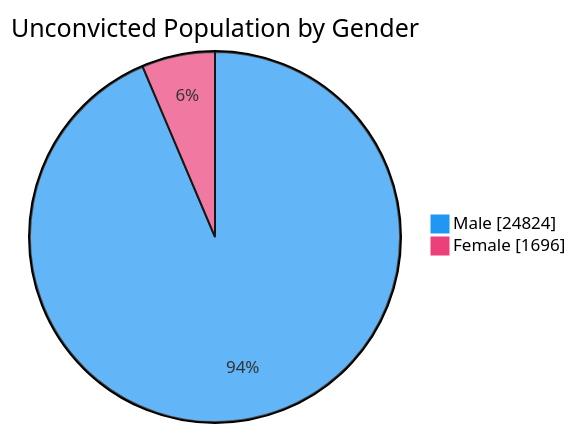
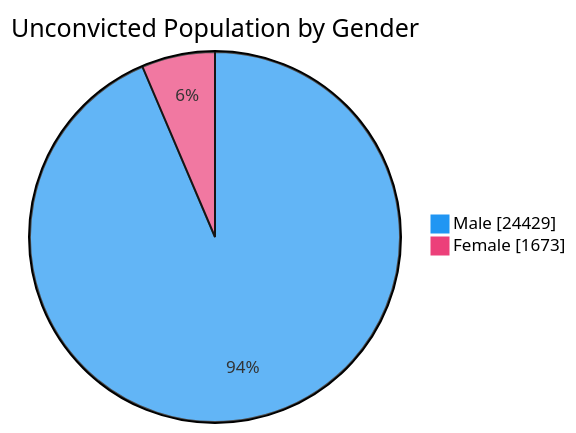
One commit to nuuuwan/lk_prisons changed the fourth of 7 diagrams in README.md. Above: the diagram before and after it, drawn with Mermaid. The commit also changed other lines of this file and 1 other file, not shown here.

````diff
--- a/README.md
+++ b/README.md
@@ -76,6 +76,6 @@
 ```mermaid
 %%{init: {'themeVariables': {'pie1': '#2196F3', 'pie2': '#EC407A'}}}%%
 pie showData title Unconvicted Population by Gender
-    "Male" : 24824
-    "Female" : 1696
+    "Male" : 24429
+    "Female" : 1673
 ```
````
